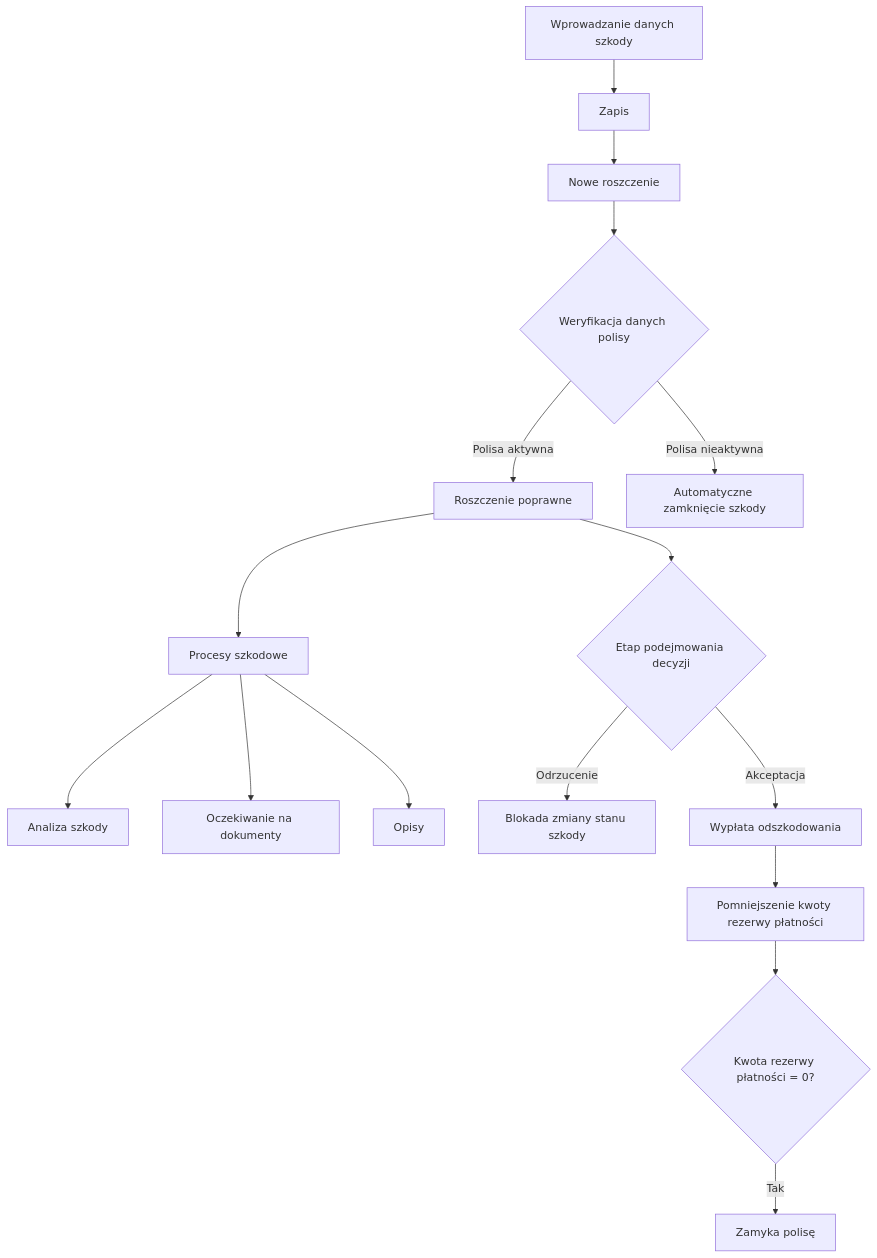
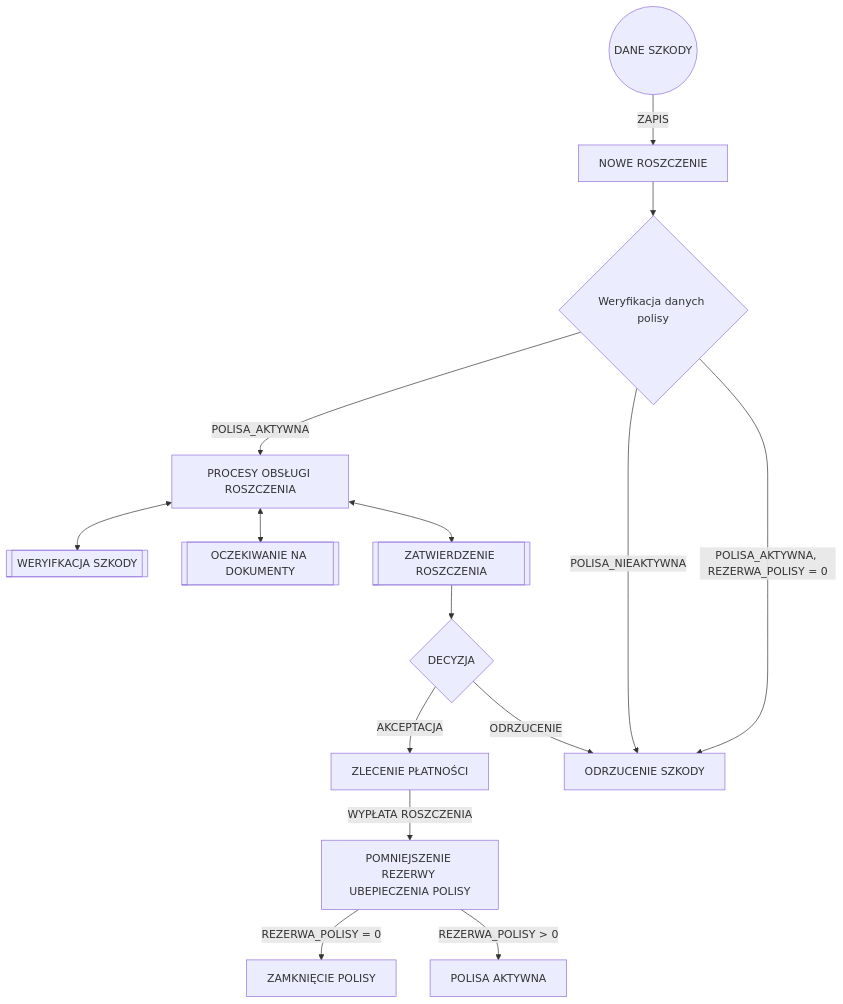
Before and after one commit to ArkadiuszBorkowski/Insurance-Management-System: the fifth of 5 diagrams in README.md, drawn with Mermaid. The commit also changed other lines of this file, not shown here.

````diff
--- a/README.md
+++ b/README.md
@@ -72,18 +72,17 @@
 ```mermaid
 flowchart TD
-    A[Wprowadzanie danych szkody] --> B[Zapis]
-    B --> C[Nowe roszczenie]
-    C --> D{Weryfikacja danych polisy}
-    D -->|Polisa aktywna| E[Roszczenie poprawne]
-    D -->|Polisa nieaktywna| F[Automatyczne zamknięcie szkody]
-    E --> G[Procesy szkodowe]
-    G --> H[Analiza szkody]
-    G --> I[Oczekiwanie na dokumenty]
-    G --> J[Opisy]
-    E --> K{Etap podejmowania decyzji}
-    K -->|Odrzucenie| L[Blokada zmiany stanu szkody]
-    K -->|Akceptacja| M[Wypłata odszkodowania]
-    M --> N[Pomniejszenie kwoty rezerwy płatności]
-    N --> O{Kwota rezerwy płatności = 0?}
-    O -->|Tak| P[Zamyka polisę]
+    A((DANE SZKODY)) -- ZAPIS --> B[NOWE ROSZCZENIE]
+    B --> C{Weryfikacja danych polisy}
+    C -->|POLISA_AKTYWNA| D[PROCESY OBSŁUGI ROSZCZENIA]
+    C -->|POLISA_NIEAKTYWNA| E[ODRZUCENIE SZKODY]
+    C -->|POLISA_AKTYWNA, REZERWA_POLISY = 0| E[ODRZUCENIE SZKODY]
+    D <--> F[[WERYIFKACJA SZKODY]] 
+    D <--> G[[OCZEKIWANIE NA DOKUMENTY]] 
+    D <--> H[[ZATWIERDZENIE ROSZCZENIA]] 
+    H --> I{DECYZJA}
+    I -->|AKCEPTACJA| J[ZLECENIE PŁATNOŚCI]
+    I -->|ODRZUCENIE| E[ODRZUCENIE SZKODY]
+    J -- WYPŁATA ROSZCZENIA --> K[POMNIEJSZENIE REZERWY UBEPIECZENIA POLISY]
+    K -->|REZERWA_POLISY = 0| L[ZAMKNIĘCIE POLISY]
+    K -->|REZERWA_POLISY > 0| M[POLISA AKTYWNA]
 ```
````
